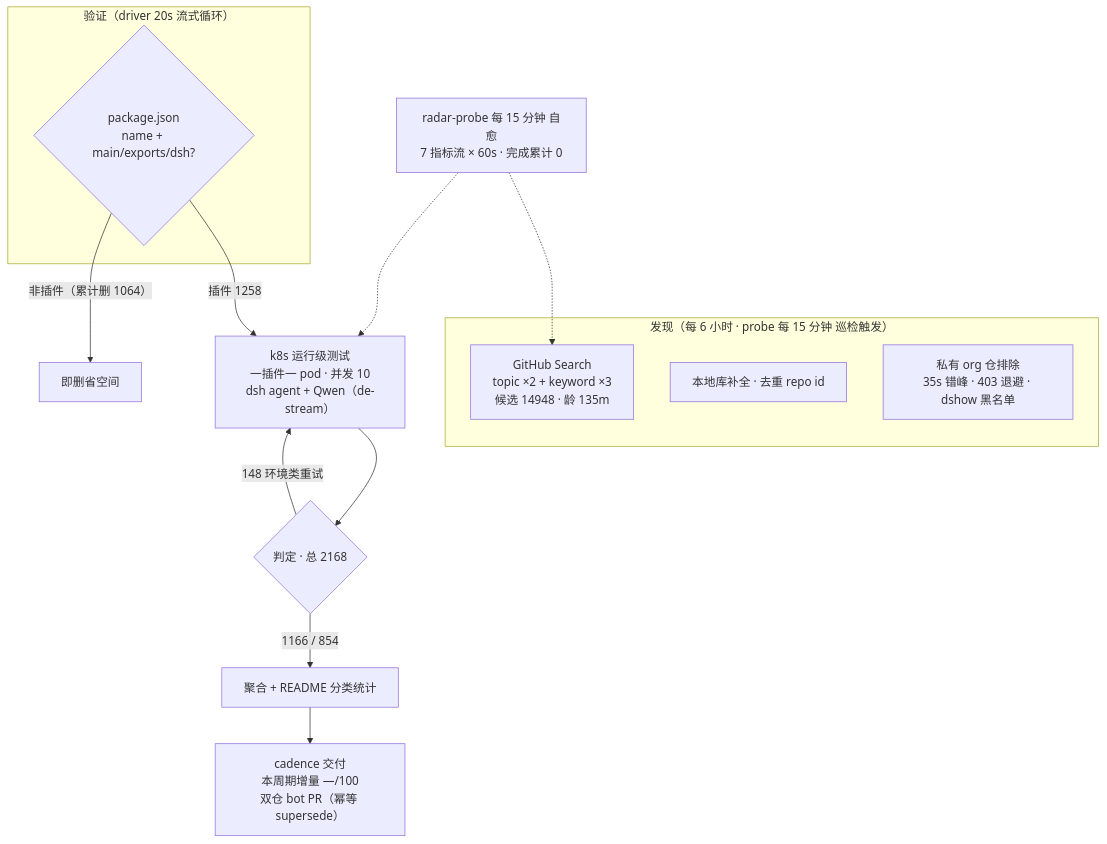
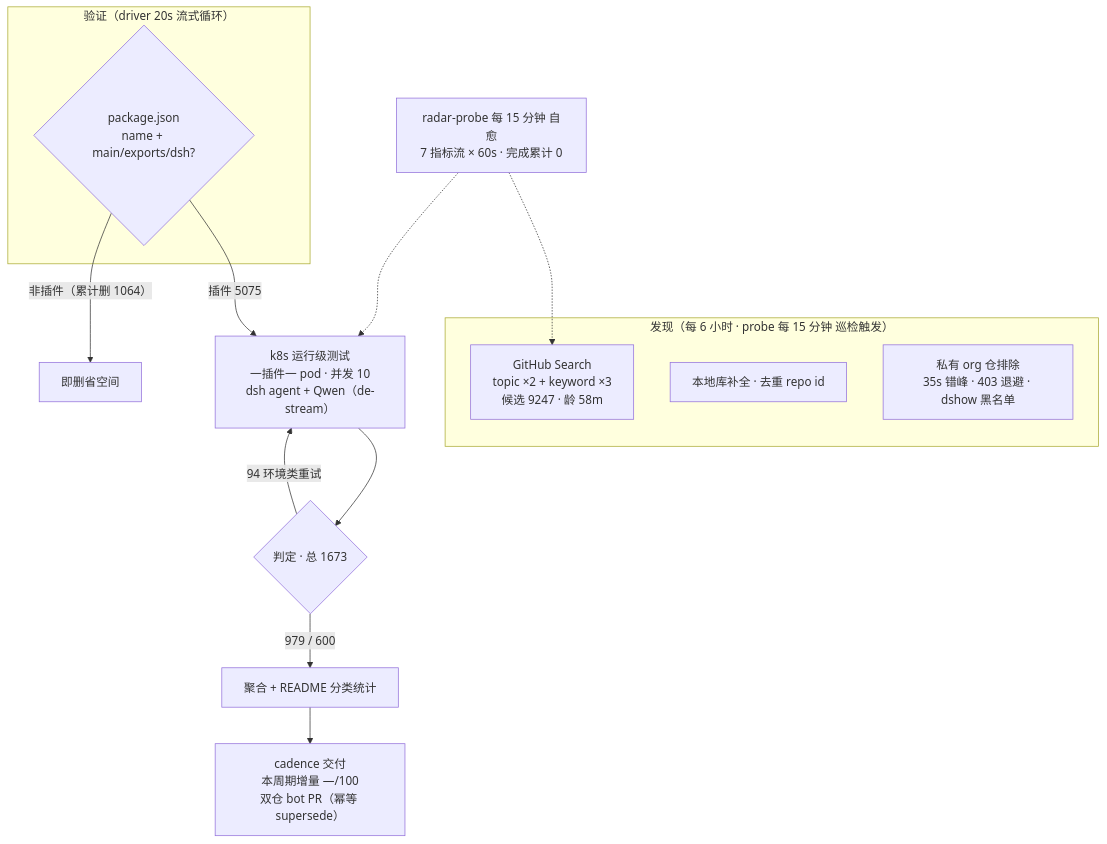
The diagram in README.md (Zhidao-Lab-OSS/awesome-dsh-plugins), drawn with Mermaid before and after one commit. The commit also changed other lines of this file and 1 other file, not shown here.

````diff
--- a/README.md
+++ b/README.md
@@ -37,20 +37,20 @@
 ```mermaid
 flowchart TB
     subgraph Discovery["发现（每 6 小时 · probe 每 15 分钟 巡检触发）"]
-        A1["GitHub Search<br/>topic ×2 + keyword ×3<br/>候选 14948 · 龄 135m"]
+        A1["GitHub Search<br/>topic ×2 + keyword ×3<br/>候选 9247 · 龄 58m"]
         A2["本地库补全 · 去重 repo id"]
         A3["私有 org 仓排除<br/>35s 错峰 · 403 退避 · dshow 黑名单"]
     end
     subgraph Validation["验证（driver 20s 流式循环）"]
         B1{"package.json<br/>name + main/exports/dsh?"}
     end
-    B1 -->|"插件 1258"| C1["k8s 运行级测试<br/>一插件一 pod · 并发 10<br/>dsh agent + Qwen（de-stream）"]
+    B1 -->|"插件 5075"| C1["k8s 运行级测试<br/>一插件一 pod · 并发 10<br/>dsh agent + Qwen（de-stream）"]
     B1 -->|"非插件（累计删 1064）"| B3["即删省空间"]
-    C1 --> D1{"判定 · 总 2168"}
-    D1 -->|"1166 / 854"| E1["聚合 + README 分类统计"]
-    D1 -->|"148 环境类重试"| C1
+    C1 --> D1{"判定 · 总 1673"}
+    D1 -->|"979 / 600"| E1["聚合 + README 分类统计"]
+    D1 -->|"94 环境类重试"| C1
     E1 --> E2["cadence 交付<br/>本周期增量 —/100<br/>双仓 bot PR（幂等 supersede）"]
     M["radar-probe 每 15 分钟 自愈<br/>7 指标流 × 60s · 完成累计 0"]
     M -.-> A1
     M -.-> C1
 ```
````
